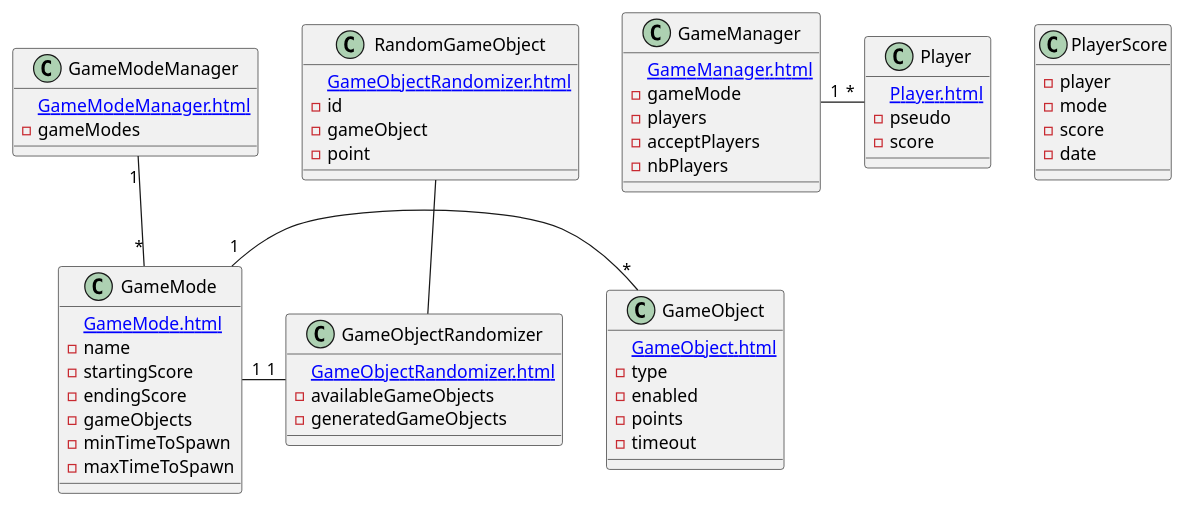
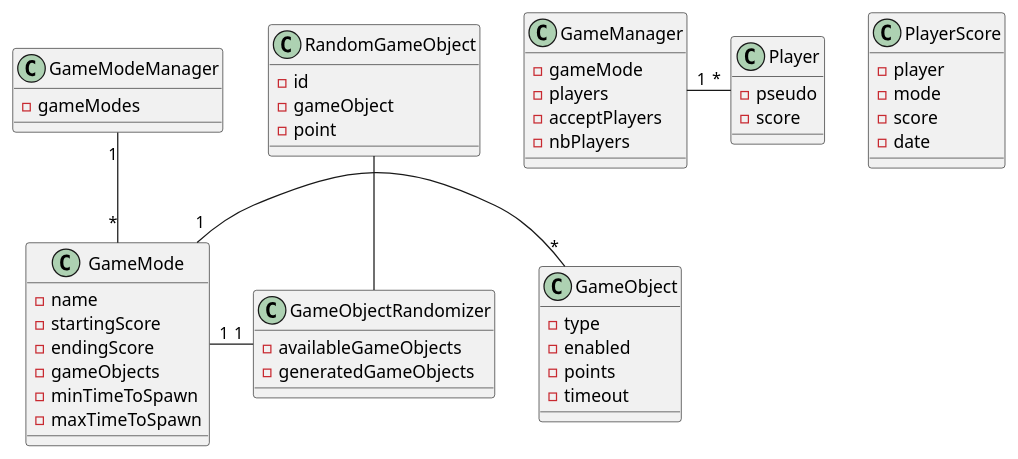
One commit to heig-vd-gen2017/projet changed the diagram in Rapport/diagrammes/DomaineFinalServeur.puml. Above: the diagram before and after it, drawn with PlantUML. The commit also changed 1 other file, not shown here.

Commit message:
Changes in diagrams

```diff
--- a/Rapport/diagrammes/DomaineFinalServeur.puml
+++ b/Rapport/diagrammes/DomaineFinalServeur.puml
@@ -1,64 +1,57 @@
 @startuml
 class GameManager {
-    [[GameManager.html]]
     -gameMode
     -players
     -acceptPlayers
     -nbPlayers
 }
 
 class PlayerScore {
     -player
     -mode
     -score
     -date
 }
 
 class Player {
-    [[Player.html]]
     -pseudo
     -score
 }
 
 class GameMode {
-    [[GameMode.html]]
     -name
     -startingScore
     -endingScore
     -gameObjects
     -minTimeToSpawn
     -maxTimeToSpawn
 }
 
 class GameModeManager {
-    [[GameModeManager.html]]
     -gameModes
 }
 
 class GameObject {
-    [[GameObject.html]]
     -type
     -enabled
     -points
     -timeout
 }
 
 class GameObjectRandomizer {
-    [[GameObjectRandomizer.html]]
     -availableGameObjects
     -generatedGameObjects
 }
 
 class RandomGameObject {
-    [[GameObjectRandomizer.html]]
     -id
     -gameObject
     -point
 }
 
 GameModeManager "1" -- "*" GameMode
 GameMode "1" - "*" GameObject
 GameManager "1" - "*" Player
 GameMode "1" - "1" GameObjectRandomizer
 RandomGameObject -- GameObjectRandomizer
 @enduml
```
